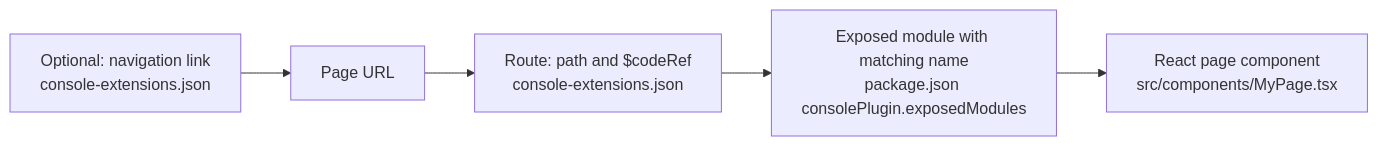
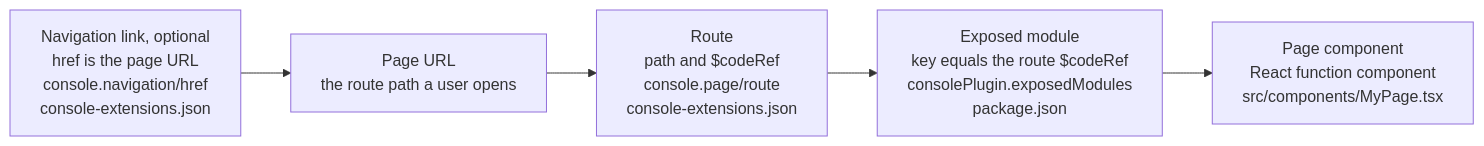
The diagram in README.md (redhat-openshift-partner-labs/console-plugin), drawn with Mermaid before and after one commit. The commit also changed other lines of this file and 1 other file, not shown here.

Commit message:
docs(readme): add the plugin page diagram
The Create a plugin page section embeds docs/images/create-plugin-page.svg, drawn to the SVG style guide, with the Mermaid source in a collapsed block under it. The diagram shows the navigation link, page URL, route, exposed module, and page component and the three wiring constraints.

````diff
--- a/README.md
+++ b/README.md
@@ -26,7 +31,10 @@
 ```mermaid
 flowchart LR
-    nav["Optional: navigation link<br/>console-extensions.json"] --> url["Page URL"]
-    url --> route["Route: path and $codeRef<br/>console-extensions.json"]
-    route --> module["Exposed module with matching name<br/>package.json consolePlugin.exposedModules"]
-    module --> page["React page component<br/>src/components/MyPage.tsx"]
+    nav["Navigation link, optional<br/>href is the page URL<br/>console.navigation/href<br/>console-extensions.json"] --> url["Page URL<br/>the route path a user opens"]
+    url --> route["Route<br/>path and $codeRef<br/>console.page/route<br/>console-extensions.json"]
+    route --> module["Exposed module<br/>key equals the route $codeRef<br/>consolePlugin.exposedModules<br/>package.json"]
+    module --> page["Page component<br/>React function component<br/>src/components/MyPage.tsx"]
+    %% $codeRef must equal the exposedModules key in package.json
+    %% console-extensions.json changes require restarting yarn start
+    %% Run yarn i18n after adding translated strings
 ```
````
